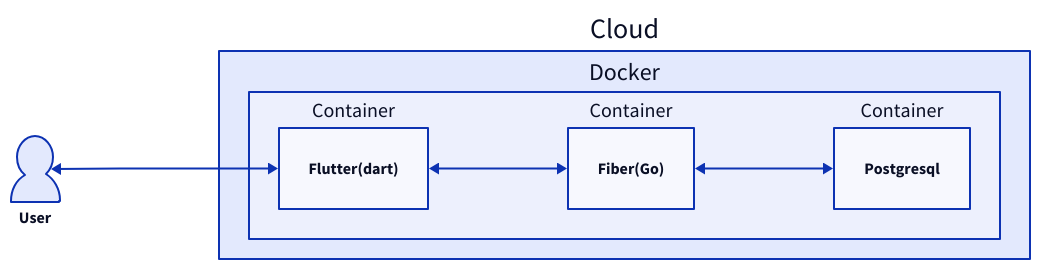
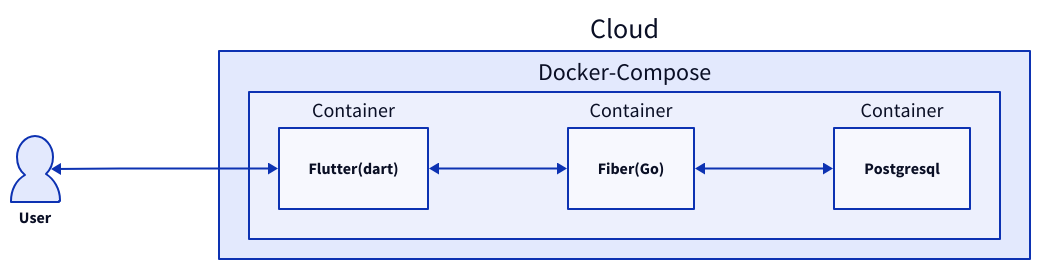
The diagram in assets/struct.d2 (yusong-offx/todo-list), drawn with D2 before and after one commit. The commit also changed 23 other files, not shown here.

```diff
--- a/assets/struct.d2
+++ b/assets/struct.d2
@@ -1,18 +1,18 @@
 Cloud: {
-    Docker:{
+    Docker-Compose:{
         Flutter(dart): Container {
             Flutter(dart).shape: Text
         }
         Fiber(Go): Container{
             Fiber(Go).shape: Text
         }
         Postgresql: Container{
             Postgresql.shape: Text
         }
         Flutter(dart) <-> Fiber(Go) <-> Postgresql
     }
 }
 
 direction: right
 User.shape: person
-User <-> Cloud.Docker.Flutter(dart)
+User <-> Cloud.Docker-Compose.Flutter(dart)
```
